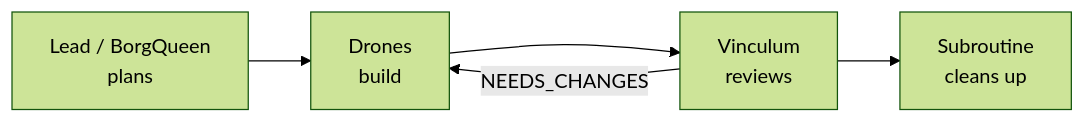
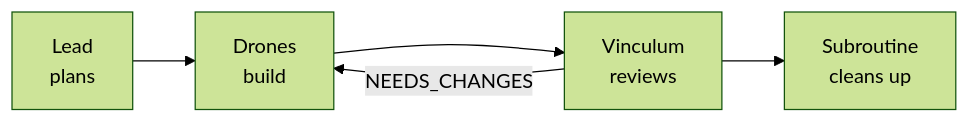
Before and after one commit to benediktms/unimatrix: the first of 8 diagrams in README.md, drawn with Mermaid (forest theme). The commit also changed other lines of this file, not shown here.

First line of the commit message:
fix: unify Lead/BorgQueen as same entity in architecture diagram

````diff
--- a/README.md
+++ b/README.md
@@ -11,5 +11,5 @@
 ```mermaid
 flowchart LR
-    Plan["Lead / BorgQueen<br/>plans"] --> Execute["Drones<br/>build"] --> Review["Vinculum<br/>reviews"] --> Cleanup["Subroutine<br/>cleans up"]
+    Plan["Lead<br/>plans"] --> Execute["Drones<br/>build"] --> Review["Vinculum<br/>reviews"] --> Cleanup["Subroutine<br/>cleans up"]
     Review -->|NEEDS_CHANGES| Execute
 ```
````
